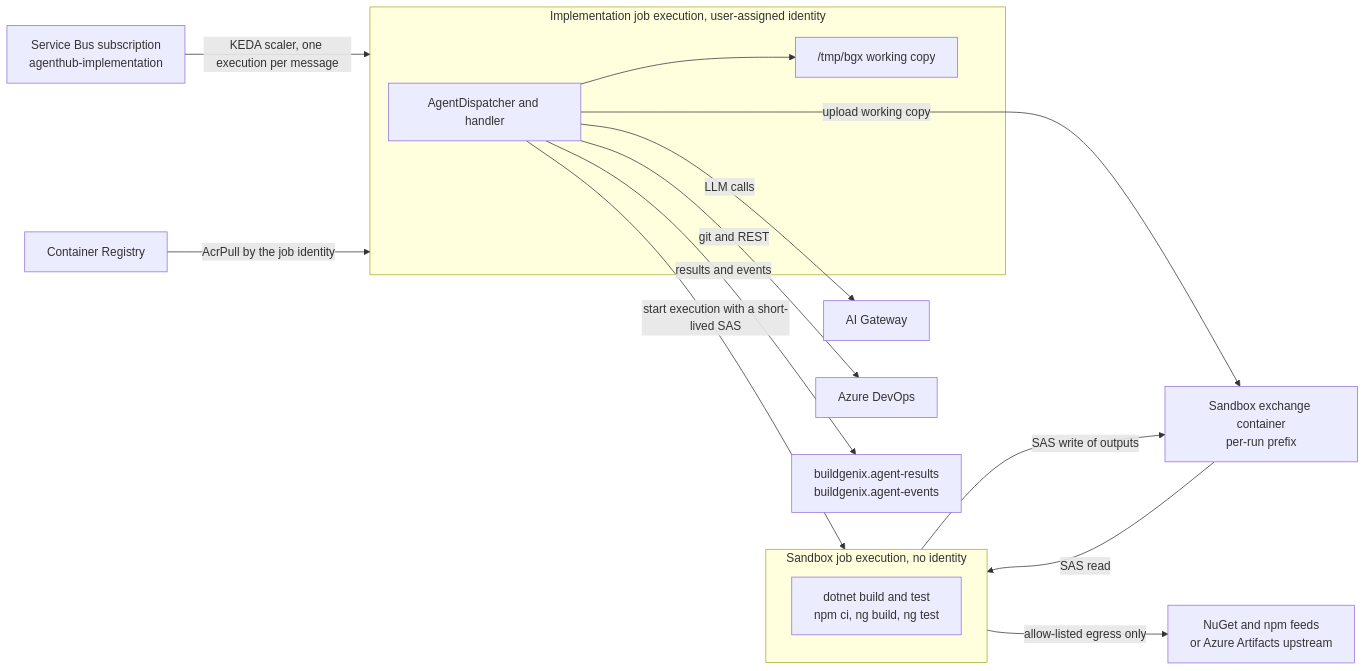
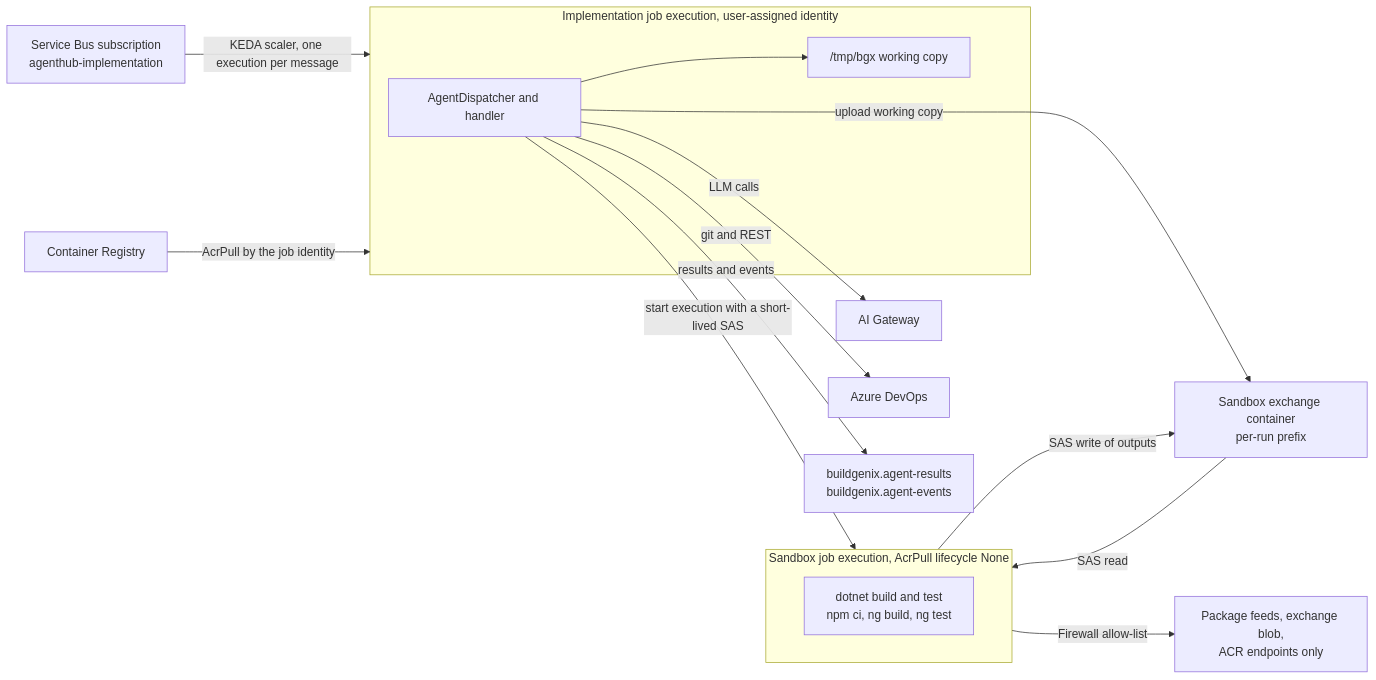
Diagram 25 of 27 in docs/architecture/north-star-system-design.md (badrusiddique/agent-sdlc), drawn with Mermaid before and after one commit. The commit also changed other lines of this file, not shown here.

First line of the commit message:
docs(architecture): finalize North Star Critical leftovers

````diff
--- a/docs/architecture/north-star-system-design.md
+++ b/docs/architecture/north-star-system-design.md
@@ -2058,19 +2083,19 @@
 ```mermaid
 flowchart LR
     SB["Service Bus subscription<br/>agenthub-implementation"] -->|"KEDA scaler, one execution per message"| AJ
     subgraph AJ["Implementation job execution, user-assigned identity"]
         H["AgentDispatcher and handler"] --> WS["/tmp/bgx working copy"]
     end
     ACR["Container Registry"] -->|"AcrPull by the job identity"| AJ
     H -->|"upload working copy"| EX["Sandbox exchange container<br/>per-run prefix"]
     H -->|"start execution with a short-lived SAS"| SJ
-    subgraph SJ["Sandbox job execution, no identity"]
+    subgraph SJ["Sandbox job execution, AcrPull lifecycle None"]
         R["dotnet build and test<br/>npm ci, ng build, ng test"]
     end
     EX -->|"SAS read"| SJ
     SJ -->|"SAS write of outputs"| EX
-    SJ -->|"allow-listed egress only"| FEED["NuGet and npm feeds<br/>or Azure Artifacts upstream"]
+    SJ -->|"Firewall allow-list"| FEED["Package feeds, exchange blob,<br/>ACR endpoints only"]
     H -->|"LLM calls"| AIGW["AI Gateway"]
     H -->|"git and REST"| ADO["Azure DevOps"]
     H -->|"results and events"| OUT["buildgenix.agent-results<br/>buildgenix.agent-events"]
 ```
````
